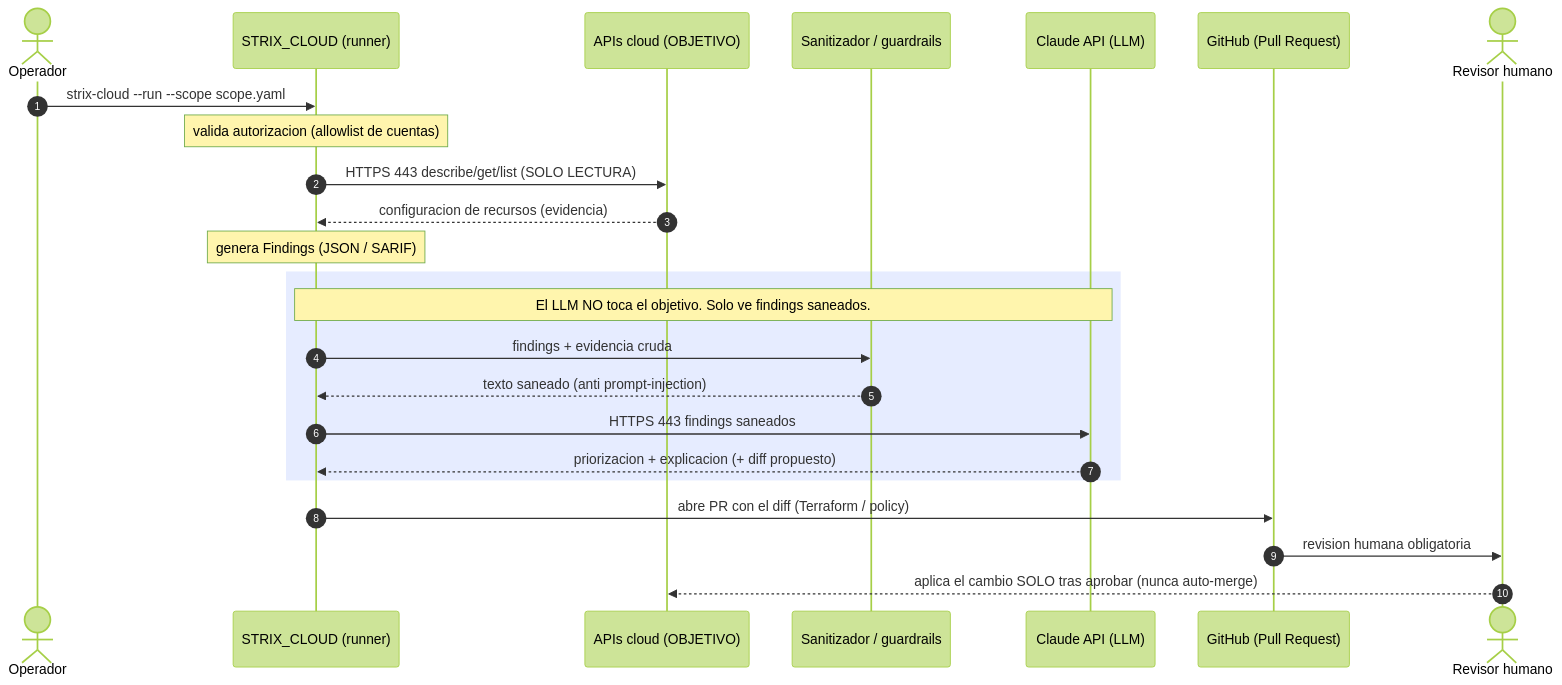
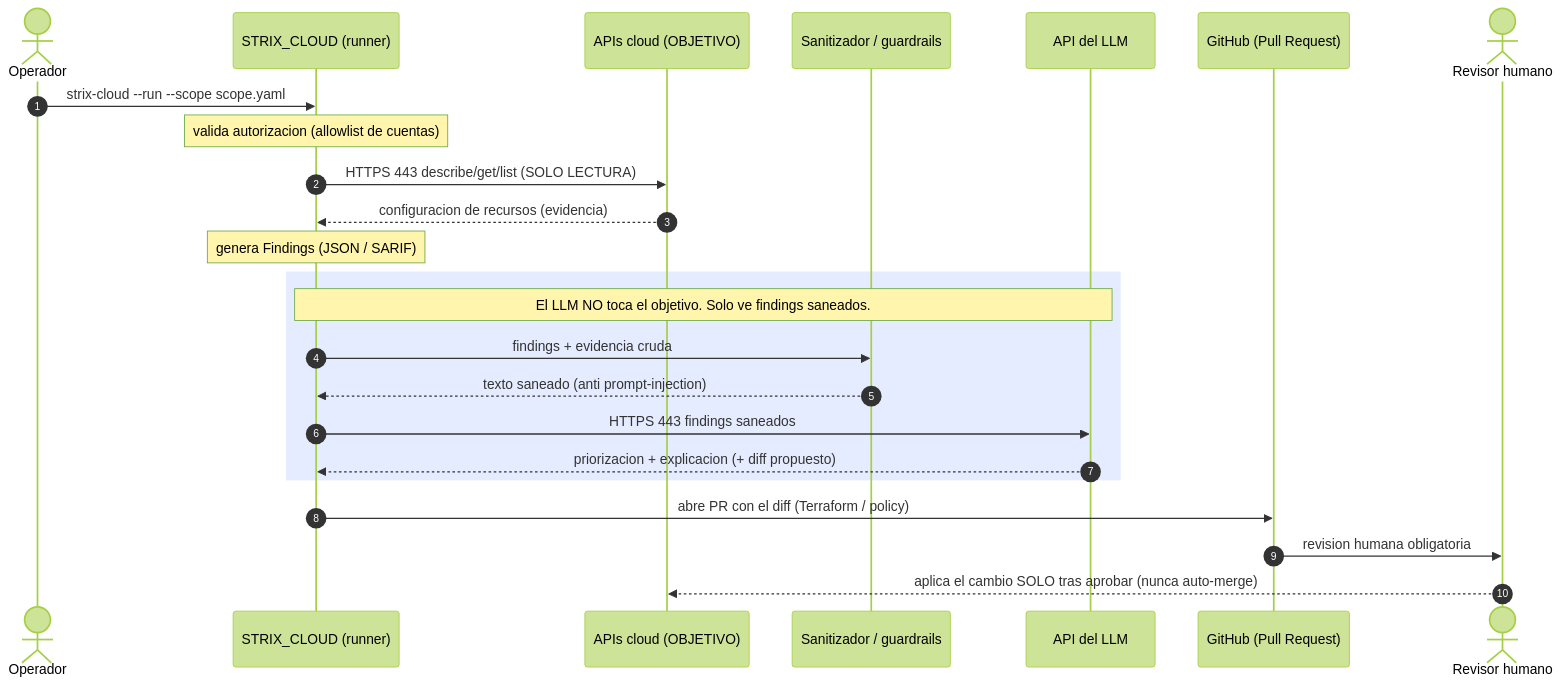
The diagram in wiki/Network.md (juank3r/STRIX_CLOUD), drawn with Mermaid (forest theme) before and after one commit. The commit also changed other lines of this file and 2 other files, not shown here.

Commit message:
docs: colorful at-a-glance README diagrams; keep detailed ones in wiki; genericize LLM references

````diff
--- a/wiki/Network.md
+++ b/wiki/Network.md
@@ -15,29 +15,29 @@
 ```mermaid
 sequenceDiagram
   autonumber
   actor Op as Operador
   participant STRIX as STRIX_CLOUD (runner)
   participant Cloud as APIs cloud (OBJETIVO)
   participant San as Sanitizador / guardrails
-  participant LLM as Claude API (LLM)
+  participant LLM as API del LLM
   participant PR as GitHub (Pull Request)
   actor Rev as Revisor humano
 
   Op->>STRIX: strix-cloud --run --scope scope.yaml
   Note over STRIX: valida autorizacion (allowlist de cuentas)
   STRIX->>Cloud: HTTPS 443 describe/get/list (SOLO LECTURA)
   Cloud-->>STRIX: configuracion de recursos (evidencia)
   Note over STRIX: genera Findings (JSON / SARIF)
 
   rect rgb(230,236,255)
     Note over STRIX,LLM: El LLM NO toca el objetivo. Solo ve findings saneados.
     STRIX->>San: findings + evidencia cruda
     San-->>STRIX: texto saneado (anti prompt-injection)
     STRIX->>LLM: HTTPS 443 findings saneados
     LLM-->>STRIX: priorizacion + explicacion (+ diff propuesto)
   end
 
   STRIX->>PR: abre PR con el diff (Terraform / policy)
   PR->>Rev: revision humana obligatoria
   Rev-->>Cloud: aplica el cambio SOLO tras aprobar (nunca auto-merge)
 ```
````
